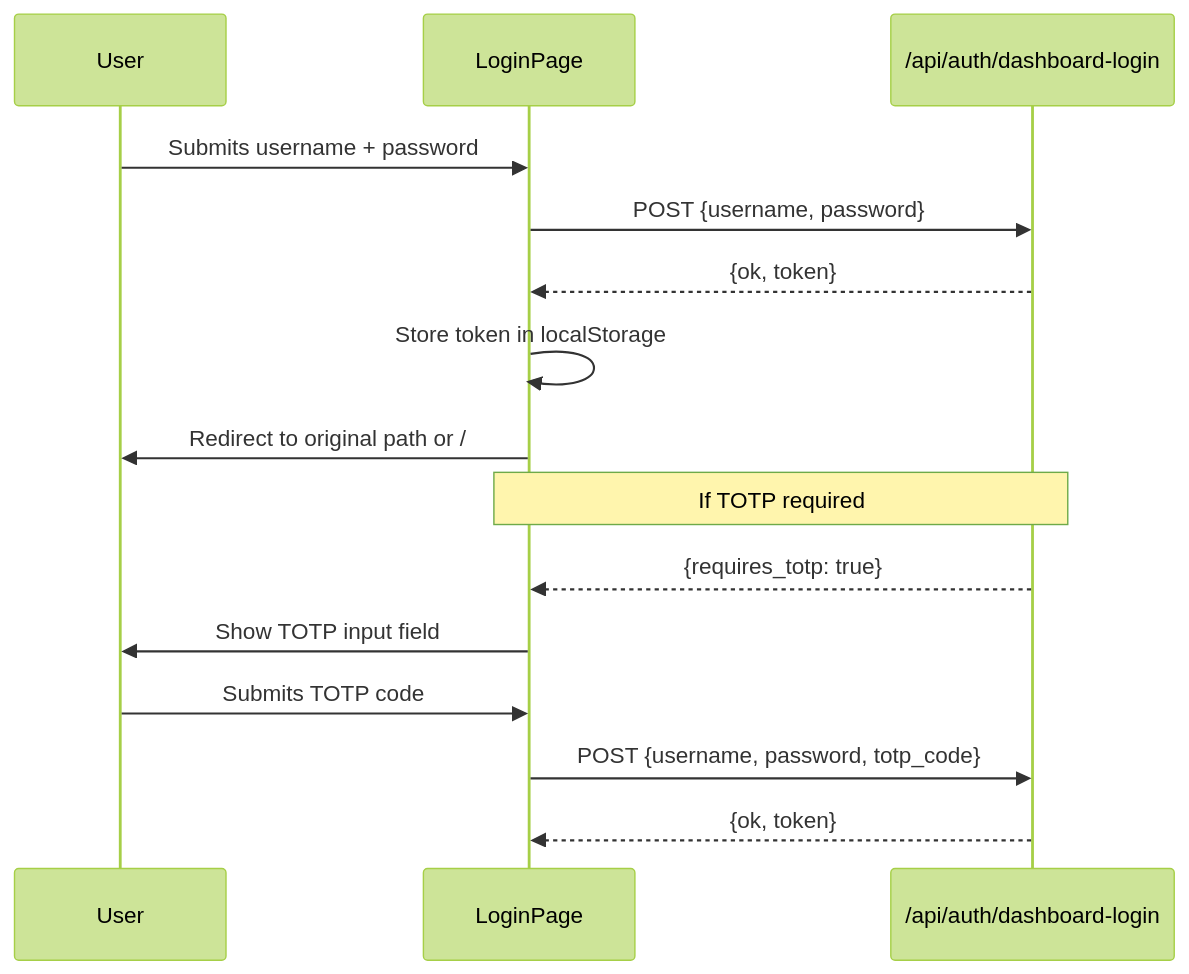
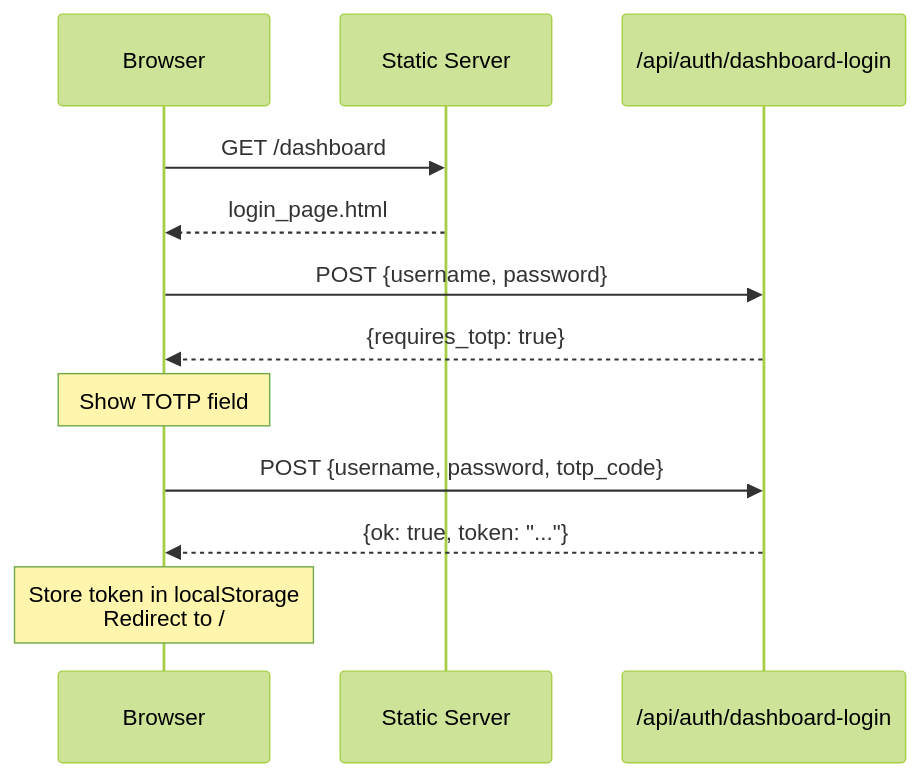
Before and after one commit to leszek3737/librefang-WIki: the diagram in other-librefang-api-src.md, drawn with Mermaid (forest theme). The commit also changed other lines of this file and 125 other files, not shown here.

````diff
--- a/other-librefang-api-src.md
+++ b/other-librefang-api-src.md
@@ -15,19 +13,15 @@
 ```mermaid
 sequenceDiagram
-    participant User
-    participant LoginPage
+    participant Browser
+    participant Server as Static Server
     participant API as /api/auth/dashboard-login
 
-    User->>LoginPage: Submits username + password
-    LoginPage->>API: POST {username, password}
-    API-->>LoginPage: {ok, token}
-    LoginPage->>LoginPage: Store token in localStorage
-    LoginPage->>User: Redirect to original path or /
-
-    Note over LoginPage,API: If TOTP required
-    API-->>LoginPage: {requires_totp: true}
-    LoginPage->>User: Show TOTP input field
-    User->>LoginPage: Submits TOTP code
-    LoginPage->>API: POST {username, password, totp_code}
-    API-->>LoginPage: {ok, token}
+    Browser->>Server: GET /dashboard
+    Server-->>Browser: login_page.html
+    Browser->>API: POST {username, password}
+    API-->>Browser: {requires_totp: true}
+    Note over Browser: Show TOTP field
+    Browser->>API: POST {username, password, totp_code}
+    API-->>Browser: {ok: true, token: "..."}
+    Note over Browser: Store token in localStorage<br/>Redirect to /
 ```
````
